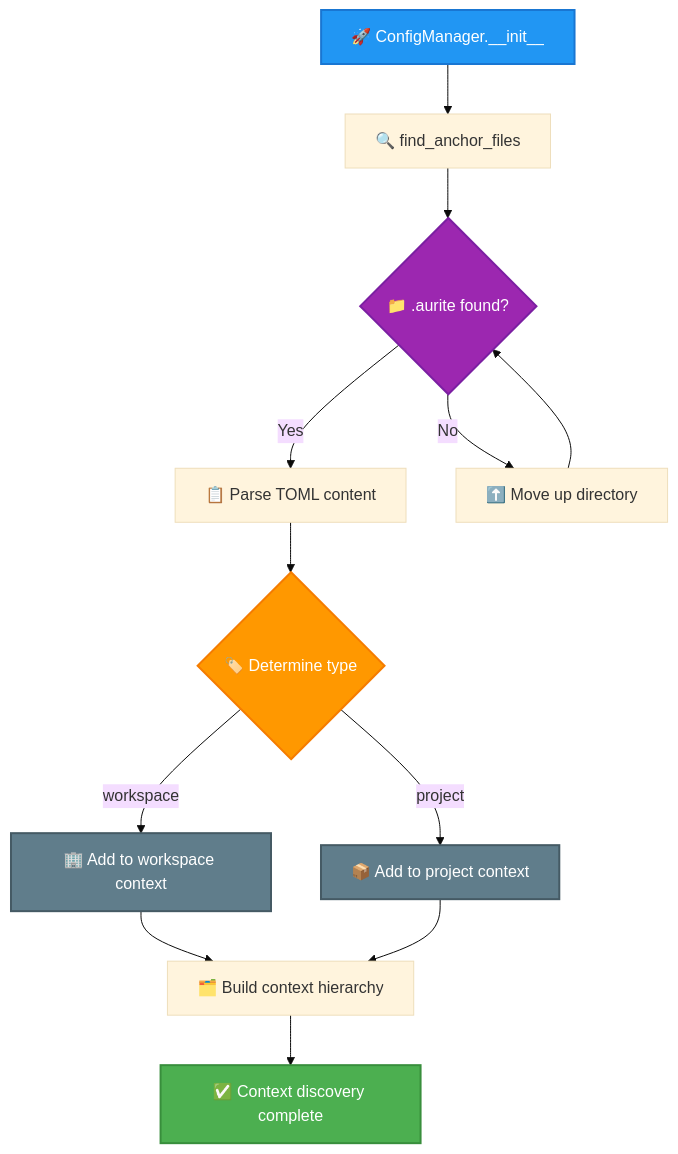
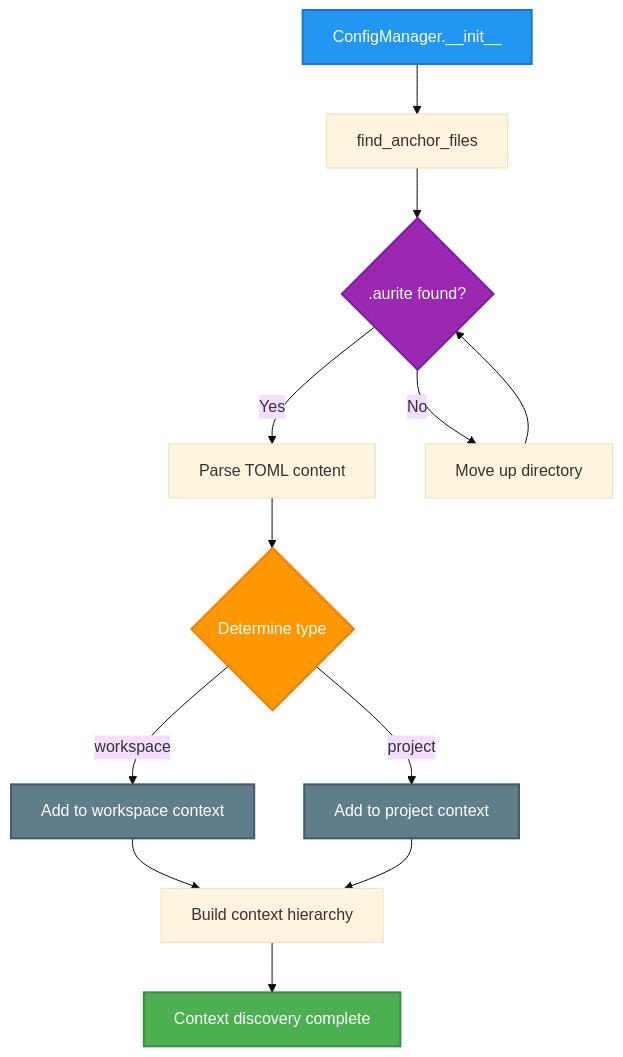
The first of 3 diagrams in docs/architecture/flow/config_index_building_flow.md (Aurite-ai/aurite-agents), drawn with Mermaid (base theme) before and after one commit. The commit also changed other lines of this file and 4 other files, not shown here.

Commit message:
config documentation complete!

````diff
--- a/docs/architecture/flow/config_index_building_flow.md
+++ b/docs/architecture/flow/config_index_building_flow.md
@@ -70,21 +71,21 @@
 ```mermaid
 flowchart TD
-    A[🚀 ConfigManager.__init__] --> B[🔍 find_anchor_files]
-    B --> C{📁 .aurite found?}
-    C -->|Yes| D[📋 Parse TOML content]
-    C -->|No| E[⬆️ Move up directory]
+    A[ConfigManager.__init__] --> B[find_anchor_files]
+    B --> C{.aurite found?}
+    C -->|Yes| D[Parse TOML content]
+    C -->|No| E[Move up directory]
     E --> C
-    D --> F{🏷️ Determine type}
-    F -->|workspace| G[🏢 Add to workspace context]
-    F -->|project| H[📦 Add to project context]
-    G --> I[🗂️ Build context hierarchy]
+    D --> F{Determine type}
+    F -->|workspace| G[Add to workspace context]
+    F -->|project| H[Add to project context]
+    G --> I[Build context hierarchy]
     H --> I
-    I --> J[✅ Context discovery complete]
+    I --> J[Context discovery complete]
 
     style A fill:#2196F3,stroke:#1976D2,stroke-width:2px,color:#fff
     style J fill:#4CAF50,stroke:#388E3C,stroke-width:2px,color:#fff
     style F fill:#FF9800,stroke:#F57C00,stroke-width:2px,color:#fff
     style C fill:#9C27B0,stroke:#7B1FA2,stroke-width:2px,color:#fff
     style G fill:#607D8B,stroke:#455A64,stroke-width:2px,color:#fff
     style H fill:#607D8B,stroke:#455A64,stroke-width:2px,color:#fff
 ```
````
